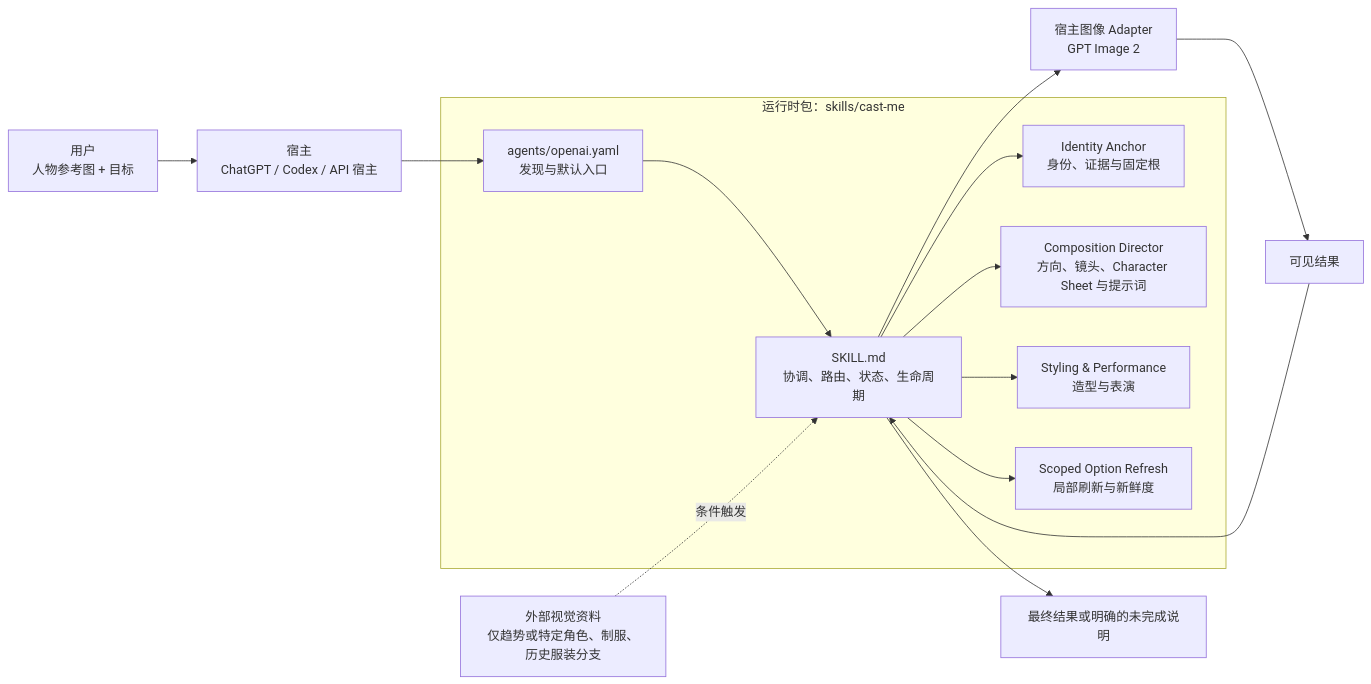
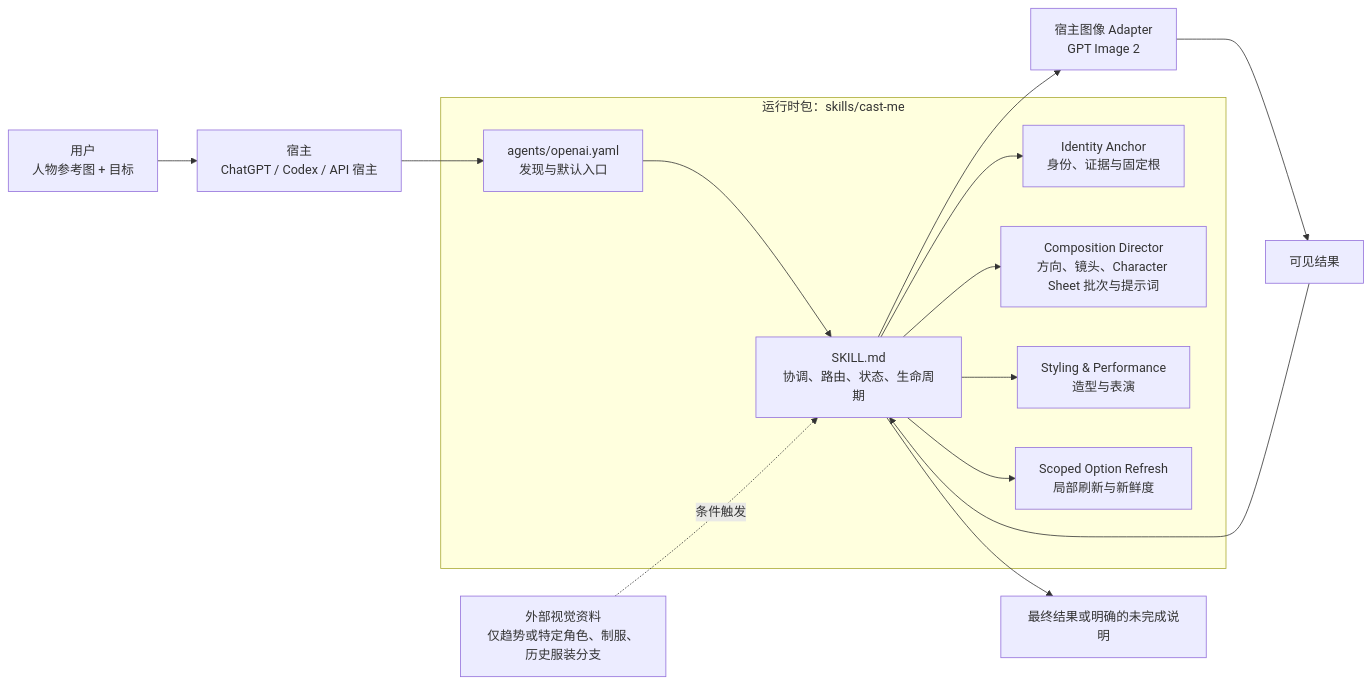
One commit to cyaoc/cast-me changed the first of 13 diagrams in docs/architecture.md. Above: the diagram before and after it, drawn with Mermaid. The commit also changed other lines of this file and 4 other files, not shown here.

````diff
--- a/docs/architecture.md
+++ b/docs/architecture.md
@@ -18,25 +18,25 @@
 ```mermaid
 flowchart LR
     U["用户<br/>人物参考图 + 目标"] --> H["宿主<br/>ChatGPT / Codex / API 宿主"]
 
     subgraph PKG["运行时包：skills/cast-me"]
         META["agents/openai.yaml<br/>发现与默认入口"]
         K["SKILL.md<br/>协调、路由、状态、生命周期"]
         I["Identity Anchor<br/>身份、证据与固定根"]
-        C["Composition Director<br/>方向、镜头、Character Sheet 与提示词"]
+        C["Composition Director<br/>方向、镜头、Character Sheet 批次与提示词"]
         S["Styling & Performance<br/>造型与表演"]
         R["Scoped Option Refresh<br/>局部刷新与新鲜度"]
         META --> K
         K --> I
         K --> C
         K --> S
         K --> R
     end
 
     H --> META
     K --> G["宿主图像 Adapter<br/>GPT Image 2"]
     G --> O["可见结果"]
     O --> K
     K --> F["最终结果或明确的未完成说明"]
     W["外部视觉资料<br/>仅趋势或特定角色、制服、历史服装分支"] -.条件触发.-> K
 ```
````
